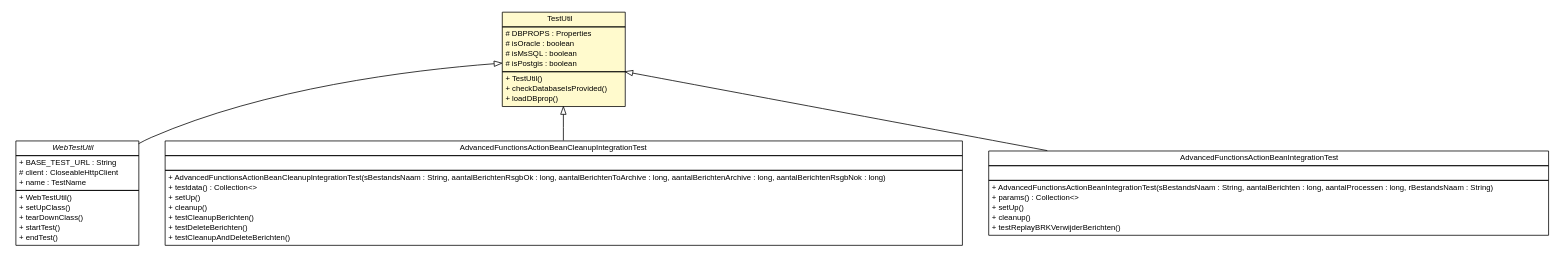
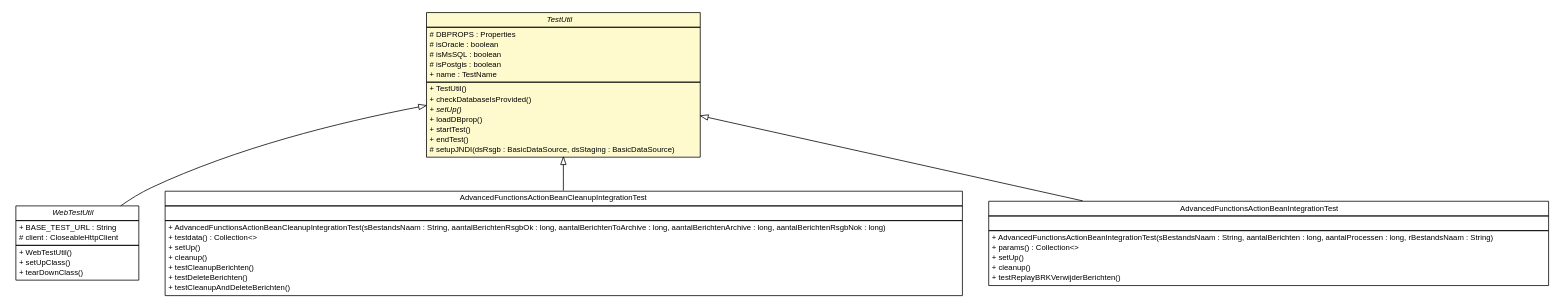
One commit to B3Partners/brmo changed the diagram in brmo-service/testapidocs/nl/b3p/brmo/service/testutil/TestUtil.dot. Above: the diagram before and after it, drawn with Graphviz. The commit also changed 225 other files, not shown here.

```diff
--- a/brmo-service/testapidocs/nl/b3p/brmo/service/testutil/TestUtil.dot
+++ b/brmo-service/testapidocs/nl/b3p/brmo/service/testutil/TestUtil.dot
@@ -1,87 +1,89 @@
 #!/usr/local/bin/dot
 #
 # Class diagram 
 # Generated by UMLGraph version R5_6-24-gf6e263 (http://www.umlgraph.org/)
 #
 
 digraph G {
 	edge [fontname="Helvetica",fontsize=10,labelfontname="Helvetica",labelfontsize=10];
 	node [fontname="Helvetica",fontsize=10,shape=plaintext];
 	nodesep=0.25;
 	ranksep=0.5;
 	// nl.b3p.web.WebTestUtil
 	c57 [label=<<table title="nl.b3p.web.WebTestUtil" border="0" cellborder="1" cellspacing="0" cellpadding="2" port="p" href="../../../web/WebTestUtil.html">
 		<tr><td><table border="0" cellspacing="0" cellpadding="1">
 <tr><td align="center" balign="center"><font face="Helvetica-Oblique"> WebTestUtil </font></td></tr>
 		</table></td></tr>
 		<tr><td><table border="0" cellspacing="0" cellpadding="1">
 <tr><td align="left" balign="left"> + BASE_TEST_URL : String </td></tr>
 <tr><td align="left" balign="left"> # client : CloseableHttpClient </td></tr>
-<tr><td align="left" balign="left"> + name : TestName </td></tr>
 		</table></td></tr>
 		<tr><td><table border="0" cellspacing="0" cellpadding="1">
 <tr><td align="left" balign="left"> + WebTestUtil() </td></tr>
 <tr><td align="left" balign="left"> + setUpClass() </td></tr>
 <tr><td align="left" balign="left"> + tearDownClass() </td></tr>
-<tr><td align="left" balign="left"> + startTest() </td></tr>
-<tr><td align="left" balign="left"> + endTest() </td></tr>
 		</table></td></tr>
 		</table>>, URL="../../../web/WebTestUtil.html", fontname="Helvetica", fontcolor="black", fontsize=10.0];
 	// nl.b3p.brmo.service.stripes.AdvancedFunctionsActionBeanCleanupIntegrationTest
 	c58 [label=<<table title="nl.b3p.brmo.service.stripes.AdvancedFunctionsActionBeanCleanupIntegrationTest" border="0" cellborder="1" cellspacing="0" cellpadding="2" port="p" href="../stripes/AdvancedFunctionsActionBeanCleanupIntegrationTest.html">
 		<tr><td><table border="0" cellspacing="0" cellpadding="1">
 <tr><td align="center" balign="center"> AdvancedFunctionsActionBeanCleanupIntegrationTest </td></tr>
 		</table></td></tr>
 		<tr><td><table border="0" cellspacing="0" cellpadding="1">
 <tr><td align="left" balign="left">  </td></tr>
 		</table></td></tr>
 		<tr><td><table border="0" cellspacing="0" cellpadding="1">
 <tr><td align="left" balign="left"> + AdvancedFunctionsActionBeanCleanupIntegrationTest(sBestandsNaam : String, aantalBerichtenRsgbOk : long, aantalBerichtenToArchive : long, aantalBerichtenArchive : long, aantalBerichtenRsgbNok : long) </td></tr>
 <tr><td align="left" balign="left"> + testdata() : Collection&lt;&gt; </td></tr>
 <tr><td align="left" balign="left"> + setUp() </td></tr>
 <tr><td align="left" balign="left"> + cleanup() </td></tr>
 <tr><td align="left" balign="left"> + testCleanupBerichten() </td></tr>
 <tr><td align="left" balign="left"> + testDeleteBerichten() </td></tr>
 <tr><td align="left" balign="left"> + testCleanupAndDeleteBerichten() </td></tr>
 		</table></td></tr>
 		</table>>, URL="../stripes/AdvancedFunctionsActionBeanCleanupIntegrationTest.html", fontname="Helvetica", fontcolor="black", fontsize=10.0];
 	// nl.b3p.brmo.service.stripes.AdvancedFunctionsActionBeanIntegrationTest
 	c59 [label=<<table title="nl.b3p.brmo.service.stripes.AdvancedFunctionsActionBeanIntegrationTest" border="0" cellborder="1" cellspacing="0" cellpadding="2" port="p" href="../stripes/AdvancedFunctionsActionBeanIntegrationTest.html">
 		<tr><td><table border="0" cellspacing="0" cellpadding="1">
 <tr><td align="center" balign="center"> AdvancedFunctionsActionBeanIntegrationTest </td></tr>
 		</table></td></tr>
 		<tr><td><table border="0" cellspacing="0" cellpadding="1">
 <tr><td align="left" balign="left">  </td></tr>
 		</table></td></tr>
 		<tr><td><table border="0" cellspacing="0" cellpadding="1">
 <tr><td align="left" balign="left"> + AdvancedFunctionsActionBeanIntegrationTest(sBestandsNaam : String, aantalBerichten : long, aantalProcessen : long, rBestandsNaam : String) </td></tr>
 <tr><td align="left" balign="left"> + params() : Collection&lt;&gt; </td></tr>
 <tr><td align="left" balign="left"> + setUp() </td></tr>
 <tr><td align="left" balign="left"> + cleanup() </td></tr>
 <tr><td align="left" balign="left"> + testReplayBRKVerwijderBerichten() </td></tr>
 		</table></td></tr>
 		</table>>, URL="../stripes/AdvancedFunctionsActionBeanIntegrationTest.html", fontname="Helvetica", fontcolor="black", fontsize=10.0];
 	// nl.b3p.brmo.service.testutil.TestUtil
 	c60 [label=<<table title="nl.b3p.brmo.service.testutil.TestUtil" border="0" cellborder="1" cellspacing="0" cellpadding="2" port="p" bgcolor="lemonChiffon" href="./TestUtil.html">
 		<tr><td><table border="0" cellspacing="0" cellpadding="1">
-<tr><td align="center" balign="center"> TestUtil </td></tr>
+<tr><td align="center" balign="center"><font face="Helvetica-Oblique"> TestUtil </font></td></tr>
 		</table></td></tr>
 		<tr><td><table border="0" cellspacing="0" cellpadding="1">
 <tr><td align="left" balign="left"> # DBPROPS : Properties </td></tr>
 <tr><td align="left" balign="left"> # isOracle : boolean </td></tr>
 <tr><td align="left" balign="left"> # isMsSQL : boolean </td></tr>
 <tr><td align="left" balign="left"> # isPostgis : boolean </td></tr>
+<tr><td align="left" balign="left"> + name : TestName </td></tr>
 		</table></td></tr>
 		<tr><td><table border="0" cellspacing="0" cellpadding="1">
 <tr><td align="left" balign="left"> + TestUtil() </td></tr>
 <tr><td align="left" balign="left"> + checkDatabaseIsProvided() </td></tr>
+<tr><td align="left" balign="left"><font face="Helvetica-Oblique" point-size="10.0"> + setUp() </font></td></tr>
 <tr><td align="left" balign="left"> + loadDBprop() </td></tr>
+<tr><td align="left" balign="left"> + startTest() </td></tr>
+<tr><td align="left" balign="left"> + endTest() </td></tr>
+<tr><td align="left" balign="left"> # setupJNDI(dsRsgb : BasicDataSource, dsStaging : BasicDataSource) </td></tr>
 		</table></td></tr>
 		</table>>, URL="./TestUtil.html", fontname="Helvetica", fontcolor="black", fontsize=10.0];
 	//nl.b3p.web.WebTestUtil extends nl.b3p.brmo.service.testutil.TestUtil
 	c60:p -> c57:p [dir=back,arrowtail=empty];
 	//nl.b3p.brmo.service.stripes.AdvancedFunctionsActionBeanCleanupIntegrationTest extends nl.b3p.brmo.service.testutil.TestUtil
 	c60:p -> c58:p [dir=back,arrowtail=empty];
 	//nl.b3p.brmo.service.stripes.AdvancedFunctionsActionBeanIntegrationTest extends nl.b3p.brmo.service.testutil.TestUtil
 	c60:p -> c59:p [dir=back,arrowtail=empty];
 }
```
